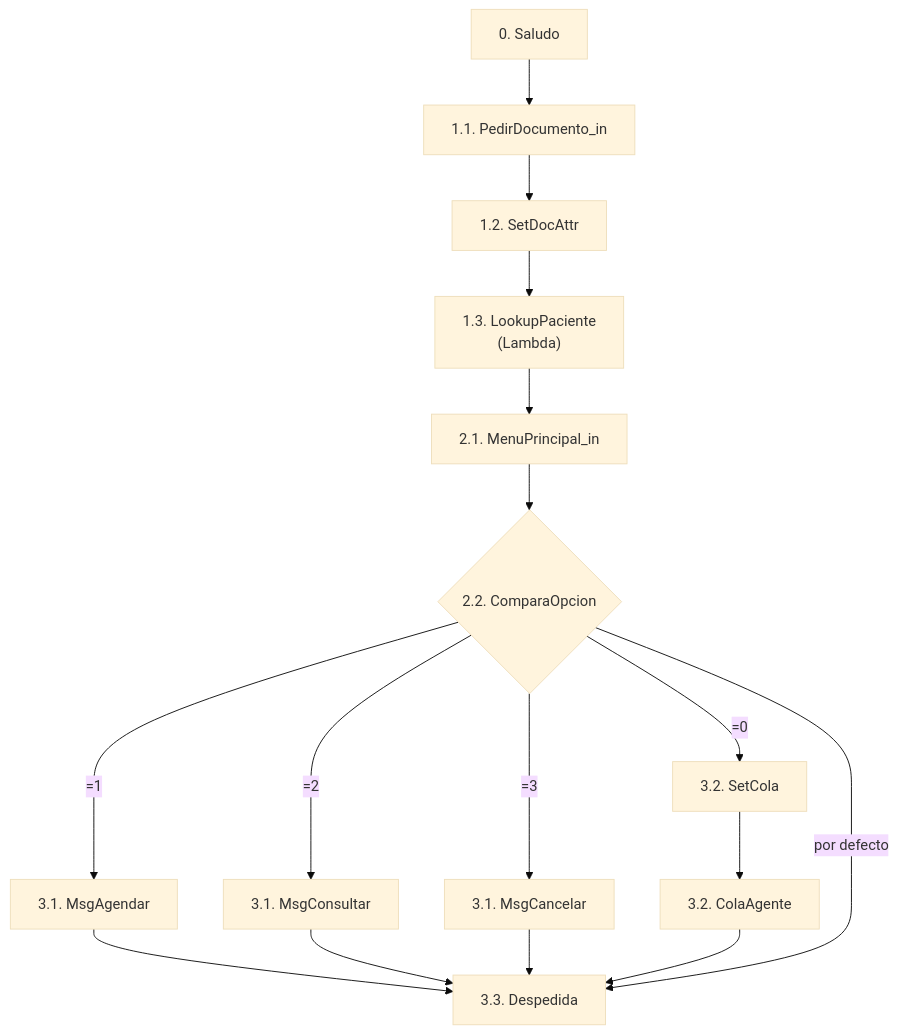
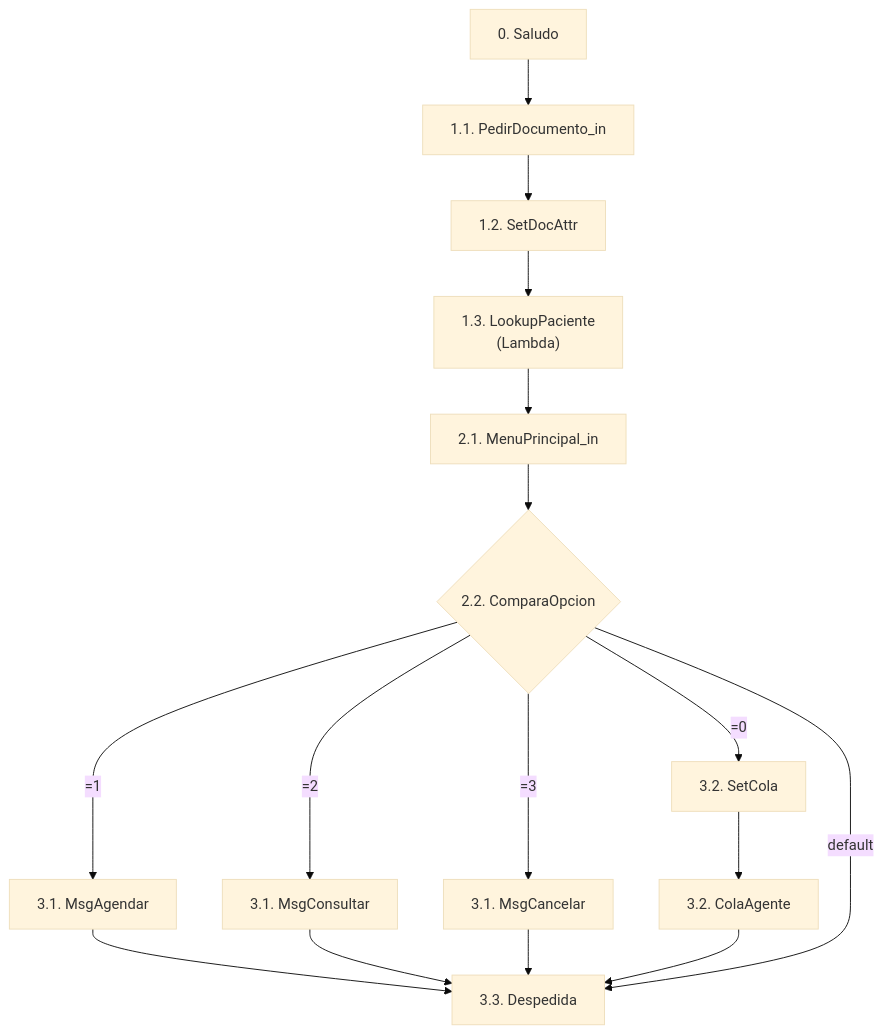
Before and after one commit to kaesar/demo-cx: the second of 2 diagrams in README.md, drawn with Mermaid (base theme). The commit also changed other lines of this file and 10 other files, not shown here.

````diff
--- a/README.md
+++ b/README.md
@@ -58,18 +58,18 @@
 ```mermaid
 flowchart TD
     Saludo["0. Saludo"] --> Doc["1.1. PedirDocumento_in"]
     Doc --> Attr["1.2. SetDocAttr"]
     Attr --> Lookup["1.3. LookupPaciente<br/>(Lambda)"]
     Lookup --> Menu["2.1. MenuPrincipal_in"]
     Menu --> Compara{"2.2. ComparaOpcion"}
     Compara -- "=1" --> MsgA["3.1. MsgAgendar"]
     Compara -- "=2" --> MsgC["3.1. MsgConsultar"]
     Compara -- "=3" --> MsgX["3.1. MsgCancelar"]
     Compara -- "=0" --> SetCola["3.2. SetCola"]
-    SetCola --> Cola["3.2. ColaAgente"]
-    MsgA --> Fin["3.3. Despedida"]
-    MsgC --> Fin
-    MsgX --> Fin
-    Cola --> Fin
-    Compara -- "por defecto" --> Fin
+    SetCola --> Queue["3.2. ColaAgente"]
+    MsgA --> End["3.3. Despedida"]
+    MsgC --> End
+    MsgX --> End
+    Queue --> End
+    Compara -- "default" --> End
 ```
````
